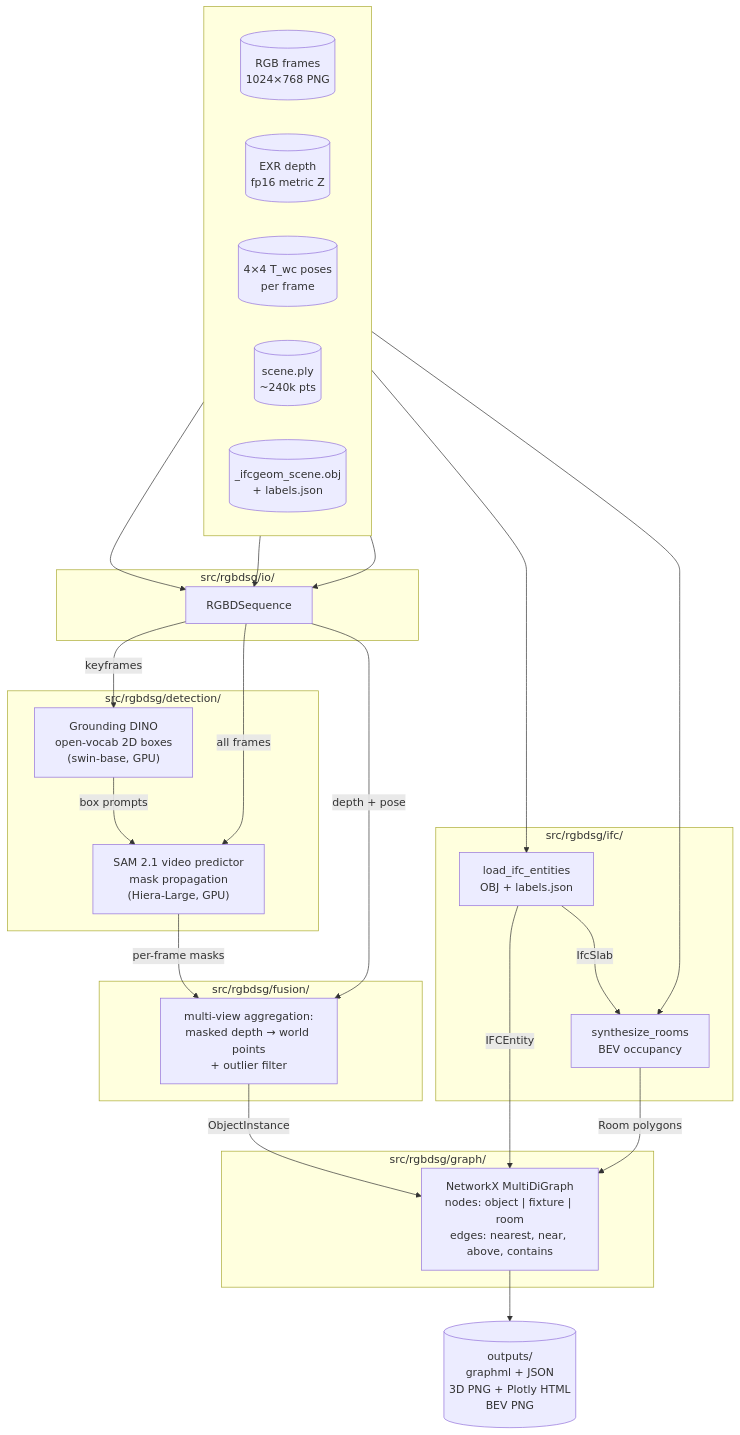
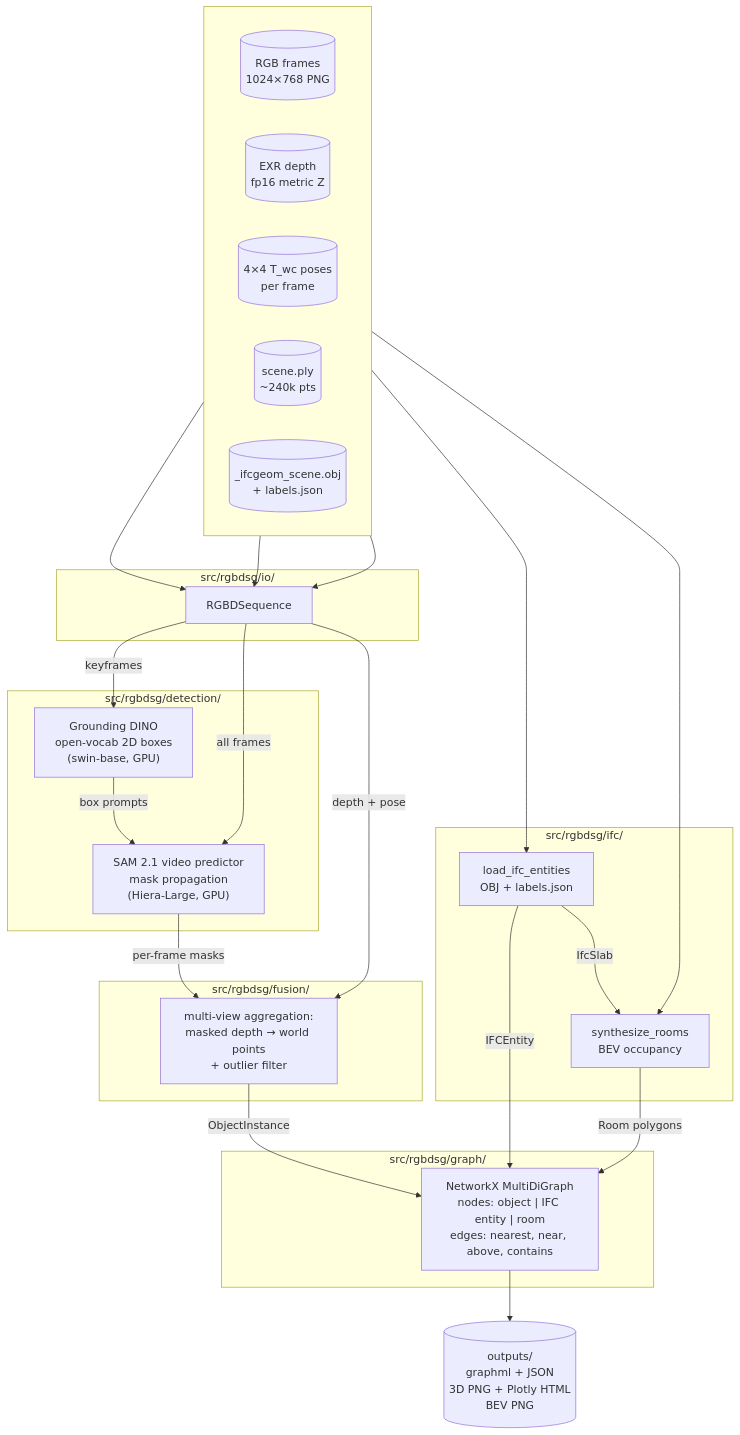
One commit to ab17dogar/rgbd-scene-graph changed the diagram in README.md. Above: the diagram before and after it, drawn with Mermaid. The commit also changed other lines of this file, not shown here.

````diff
--- a/README.md
+++ b/README.md
@@ -133,49 +134,49 @@
 ```mermaid
 flowchart TB
     subgraph INPUT[" "]
       direction LR
       RGB[("RGB frames<br>1024×768 PNG")]
       DEPTH[("EXR depth<br>fp16 metric Z")]
       POSE[("4×4 T_wc poses<br>per frame")]
       PC[("scene.ply<br>~240k pts")]
       OBJ[("_ifcgeom_scene.obj<br>+ labels.json")]
     end
 
     subgraph IO["src/rgbdsg/io/"]
       RGBD[RGBDSequence]
     end
     RGB --> RGBD
     DEPTH --> RGBD
     POSE --> RGBD
 
     subgraph DET["src/rgbdsg/detection/"]
       GDINO["Grounding DINO<br/>open-vocab 2D boxes<br/>(swin-base, GPU)"]
       SAM["SAM 2.1 video predictor<br/>mask propagation<br/>(Hiera-Large, GPU)"]
     end
     RGBD -->|keyframes| GDINO
     GDINO -->|box prompts| SAM
     RGBD -->|all frames| SAM
 
     subgraph FUSE["src/rgbdsg/fusion/"]
       F[multi-view aggregation:<br/>masked depth → world points<br/>+ outlier filter]
     end
     SAM -->|per-frame masks| F
     RGBD -->|depth + pose| F
 
     subgraph IFC["src/rgbdsg/ifc/"]
       IO1[load_ifc_entities<br/>OBJ + labels.json]
       ROOMS[synthesize_rooms<br/>BEV occupancy]
     end
     OBJ --> IO1
     PC --> ROOMS
     IO1 -->|IfcSlab| ROOMS
 
     subgraph GRAPH["src/rgbdsg/graph/"]
-      G["NetworkX MultiDiGraph<br/>nodes: object | fixture | room<br/>edges: nearest, near, above, contains"]
+      G["NetworkX MultiDiGraph<br/>nodes: object | IFC entity | room<br/>edges: nearest, near, above, contains"]
     end
     F -->|ObjectInstance| G
     IO1 -->|IFCEntity| G
     ROOMS -->|Room polygons| G
 
     G --> OUT[("outputs/<br/>graphml + JSON<br/>3D PNG + Plotly HTML<br/>BEV PNG")]
 ```
````
